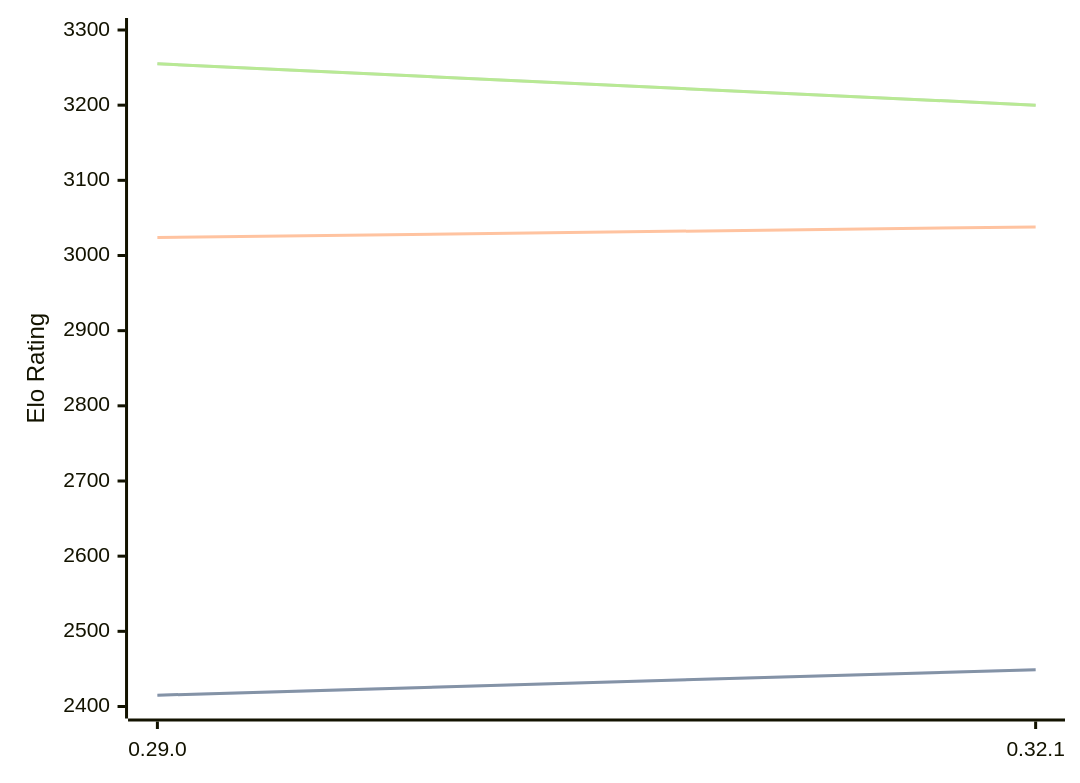
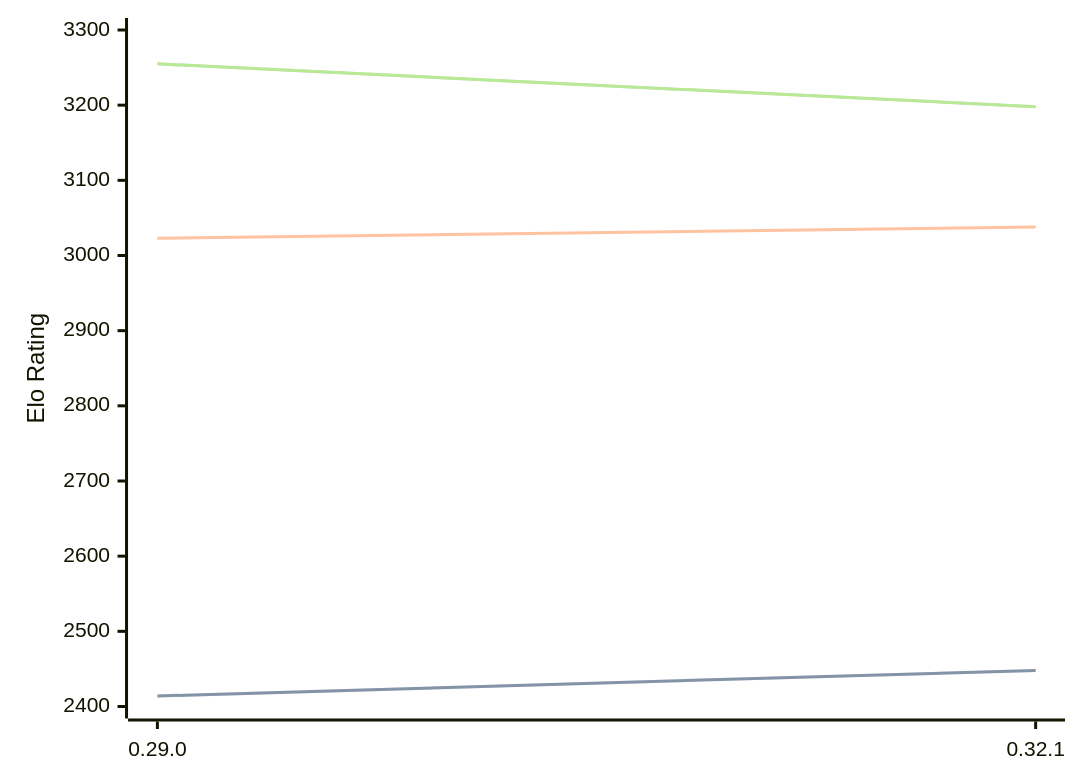
The diagram in engines/Lc0.md (computer-chess-index/cci), drawn with Mermaid before and after one commit. The commit also changed other lines of this file, not shown here.

Commit message:
Update CCI Ratings (ELO VLTC) - 2026-03-30

````diff
--- a/engines/Lc0.md
+++ b/engines/Lc0.md
@@ -68,11 +68,11 @@
 ```mermaid
 %%{init: {"theme":"base","themeVariables":{"seriesColors:['#a3a3a3','#222221','#faa371']}}}%%
 xychart-beta
   x-axis ["0.29.0", "0.32.1"]
   y-axis "Elo Rating" 2400 --> 3300
-  line "STC (8.0+0.08s)" [2415, 2449]
-  line "STC (8.0+0.08s)" [2415, 2449]
-  line "LTC (60.0+0.60s)" [3024, 3038]
-  line "VLTC (2m24s+1.12s)" [3255, 3200]
-  line "VLTC (2m24s+1.12s)" [3255, 3200]
+  line "STC (8.0+0.08s)" [2414, 2448]
+  line "STC (8.0+0.08s)" [2414, 2448]
+  line "LTC (60.0+0.60s)" [3023, 3038]
+  line "VLTC (2m24s+1.12s)" [3255, 3198]
+  line "VLTC (2m24s+1.12s)" [3255, 3198]
 ```
````
